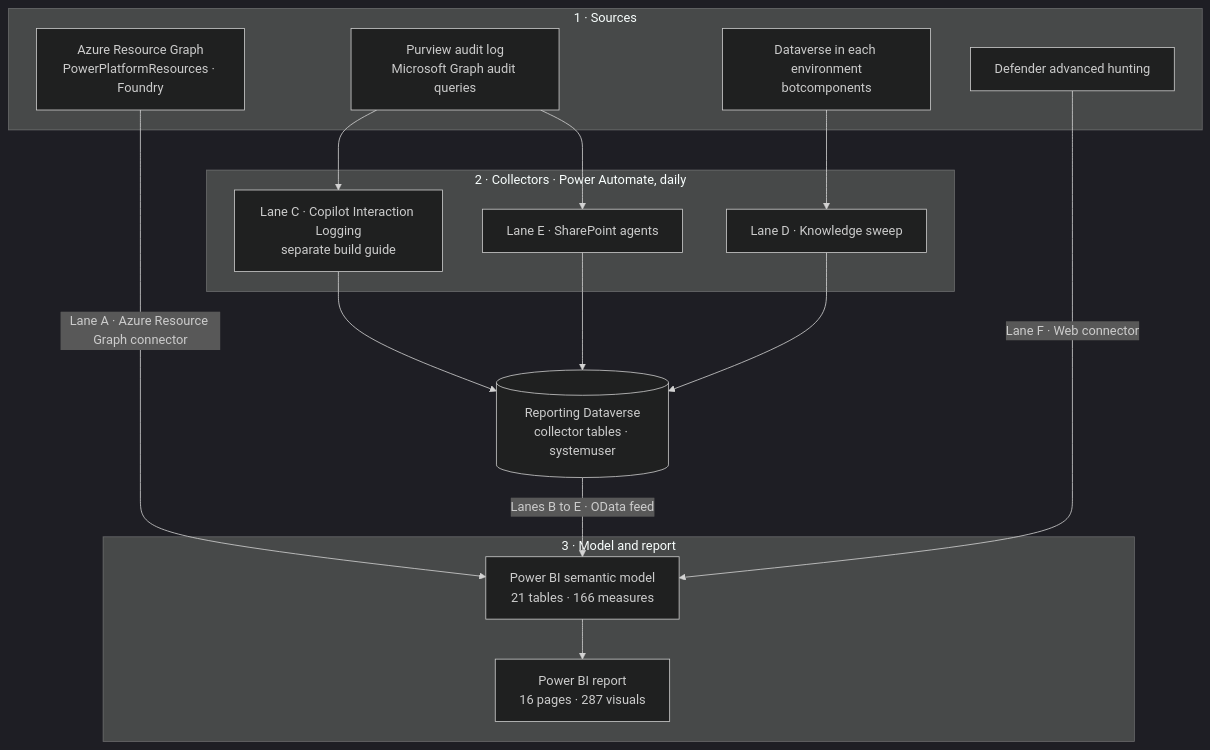
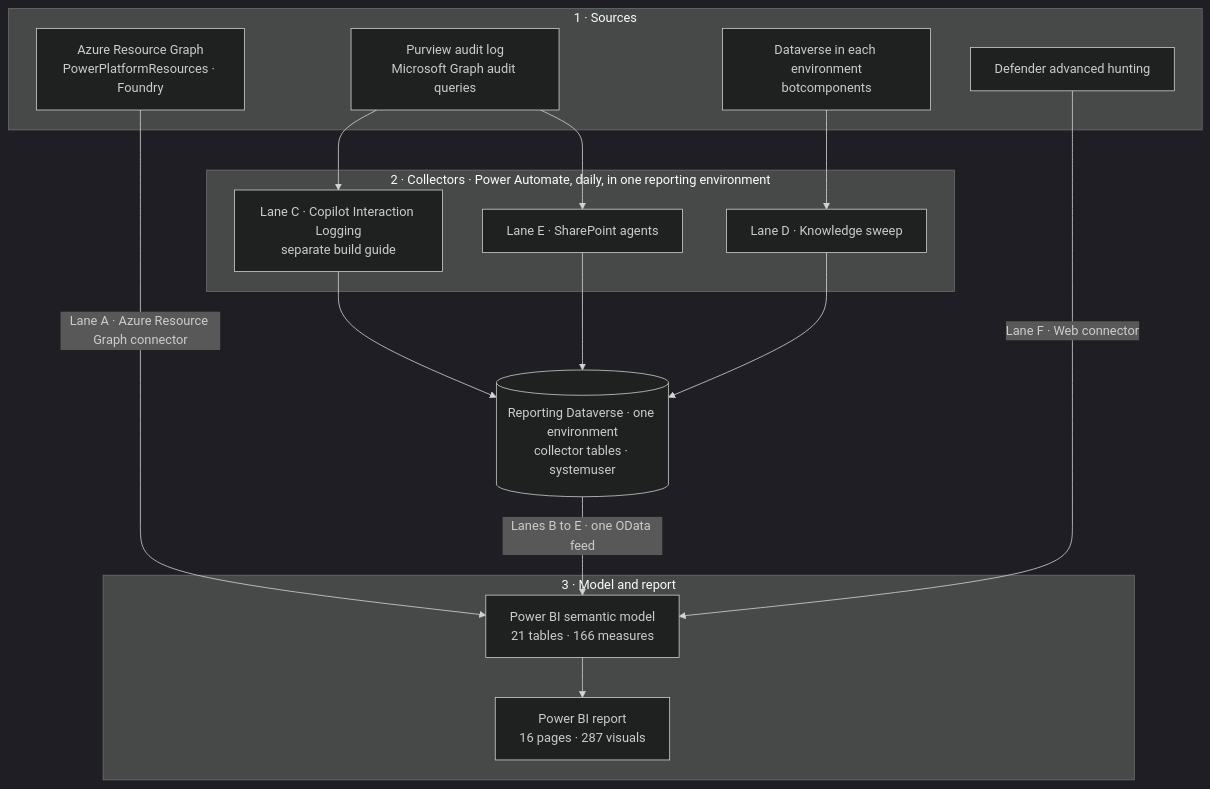
One commit to RyanBowie/custom-agent-reporting-architecture changed the diagram in README.md. Above: the diagram before and after it, drawn with Mermaid (dark theme). The commit also changed other lines of this file and 2 other files, not shown here.

First line of the commit message:
Add table-to-page lineage, make the single reporting environment explicit, purple dark theme

````diff
--- a/README.md
+++ b/README.md
@@ -40,29 +40,29 @@
 ```mermaid
 flowchart TB
   subgraph S["1 · Sources"]
     ARG["Azure Resource Graph<br/>PowerPlatformResources · Foundry"]
     AUD["Purview audit log<br/>Microsoft Graph audit queries"]
     ENV["Dataverse in each environment<br/>botcomponents"]
     DEF["Defender advanced hunting"]
   end
-  subgraph C["2 · Collectors · Power Automate, daily"]
+  subgraph C["2 · Collectors · Power Automate, daily, in one reporting environment"]
     LC["Lane C · Copilot Interaction Logging<br/>separate build guide"]
     LE["Lane E · SharePoint agents"]
     LD["Lane D · Knowledge sweep"]
   end
-  STORE[("Reporting Dataverse<br/>collector tables · systemuser")]
+  STORE[("Reporting Dataverse · one environment<br/>collector tables · systemuser")]
   subgraph M["3 · Model and report"]
     SM["Power BI semantic model<br/>21 tables · 166 measures"]
     RPT["Power BI report<br/>16 pages · 287 visuals"]
   end
   AUD --> LC
   AUD --> LE
   ENV --> LD
   LC --> STORE
   LE --> STORE
   LD --> STORE
   ARG -- "Lane A · Azure Resource Graph connector" --> SM
-  STORE -- "Lanes B to E · OData feed" --> SM
+  STORE -- "Lanes B to E · one OData feed" --> SM
   DEF -- "Lane F · Web connector" --> SM
   SM --> RPT
 ```
````
